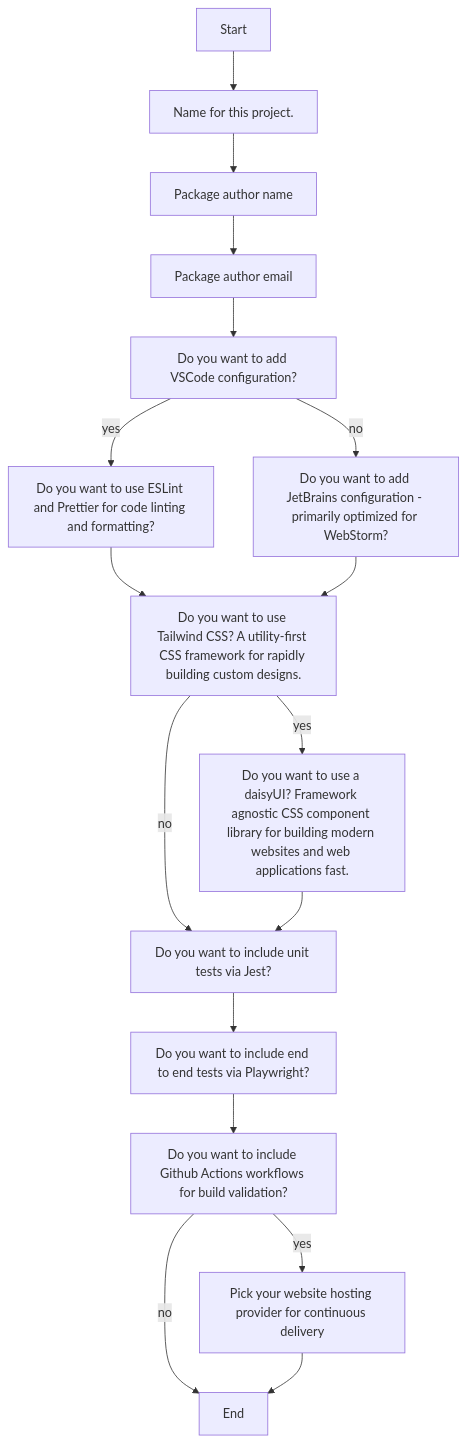
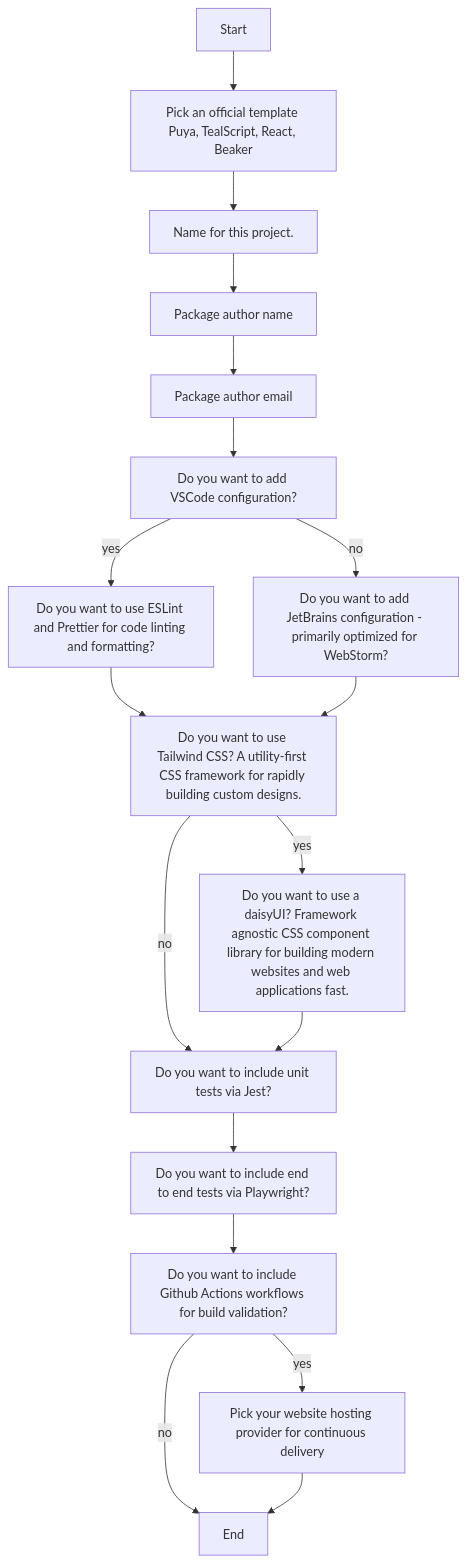
The first of 2 diagrams in docs/architecture-decisions/2024-01-23_init-wizard-v2.md (algorandfoundation/algokit-cli), drawn with Mermaid before and after one commit. The commit also changed other lines of this file, not shown here.

````diff
--- a/docs/architecture-decisions/2024-01-23_init-wizard-v2.md
+++ b/docs/architecture-decisions/2024-01-23_init-wizard-v2.md
@@ -25,19 +49,20 @@
 ```mermaid
 graph TD
-    A[Start] --> B[Name for this project.]
+    A[Start] --> Z[Pick an official template Puya, TealScript, React, Beaker]
+    Z --> B[Name for this project.]
     B --> C[Package author name]
     C --> D[Package author email]
     D --> E[Do you want to add VSCode configuration?]
     E -->|yes| F[Do you want to use ESLint and Prettier for code linting and formatting?]
     E -->|no| G[Do you want to add JetBrains configuration - primarily optimized for WebStorm?]
     F --> H[Do you want to use Tailwind CSS? A utility-first CSS framework for rapidly building custom designs.]
     G --> H
     H -->|yes| I[Do you want to use a daisyUI? Framework agnostic CSS component library for building modern websites and web applications fast.]
     H -->|no| J[Do you want to include unit tests via Jest?]
     I --> J
     J --> K[Do you want to include end to end tests via Playwright?]
     K --> L[Do you want to include Github Actions workflows for build validation?]
     L -->|yes| M[Pick your website hosting provider for continuous delivery]
     L -->|no| N[End]
     M --> N
 ```
````
